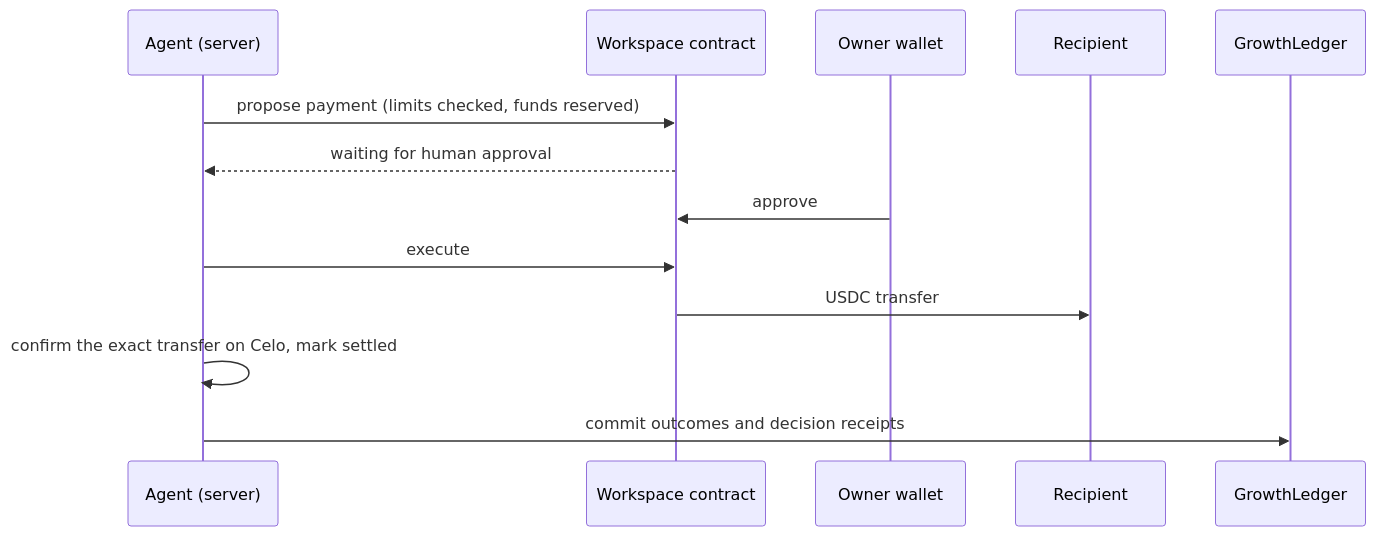
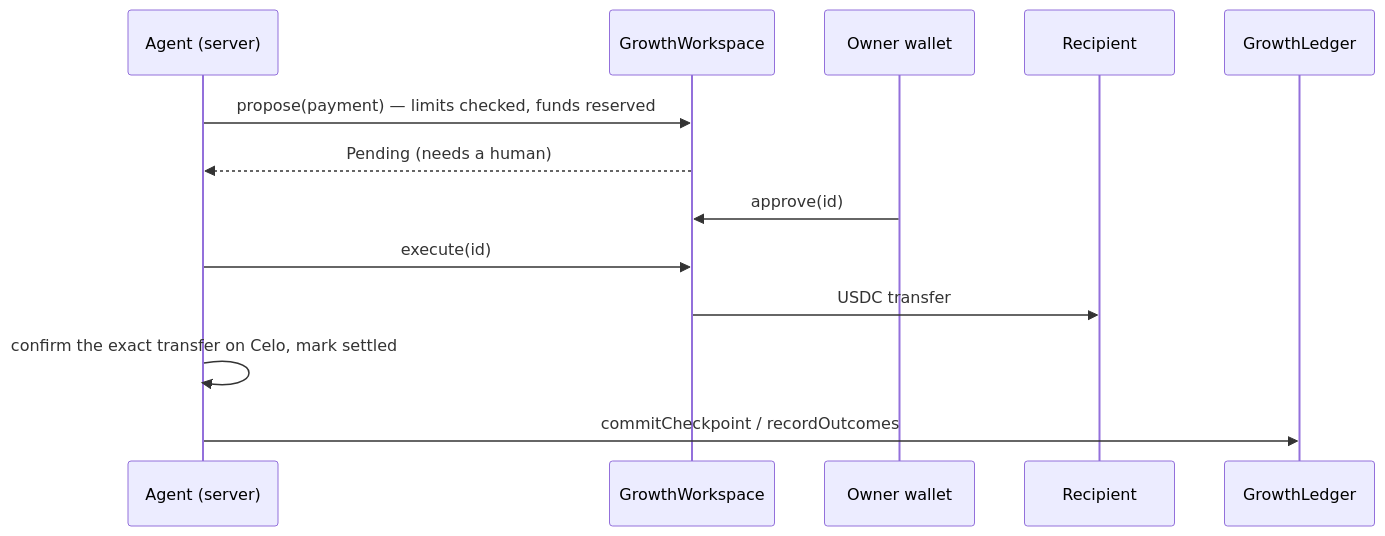
Before and after one commit to drained69/growtendril-celo: the first of 3 diagrams in README.md, drawn with Mermaid. The commit also changed other lines of this file and 23 other files, not shown here.

````diff
--- a/README.md
+++ b/README.md
@@ -62,15 +112,15 @@
 ```mermaid
 sequenceDiagram
   participant Agent as Agent (server)
-  participant WS as Workspace contract
+  participant WS as GrowthWorkspace
   participant Owner as Owner wallet
   participant Person as Recipient
   participant Ledger as GrowthLedger
-  Agent->>WS: propose payment (limits checked, funds reserved)
-  WS-->>Agent: waiting for human approval
-  Owner->>WS: approve
-  Agent->>WS: execute
+  Agent->>WS: propose(payment) — limits checked, funds reserved
+  WS-->>Agent: Pending (needs a human)
+  Owner->>WS: approve(id)
+  Agent->>WS: execute(id)
   WS->>Person: USDC transfer
   Agent->>Agent: confirm the exact transfer on Celo, mark settled
-  Agent->>Ledger: commit outcomes and decision receipts
+  Agent->>Ledger: commitCheckpoint / recordOutcomes
 ```
````
